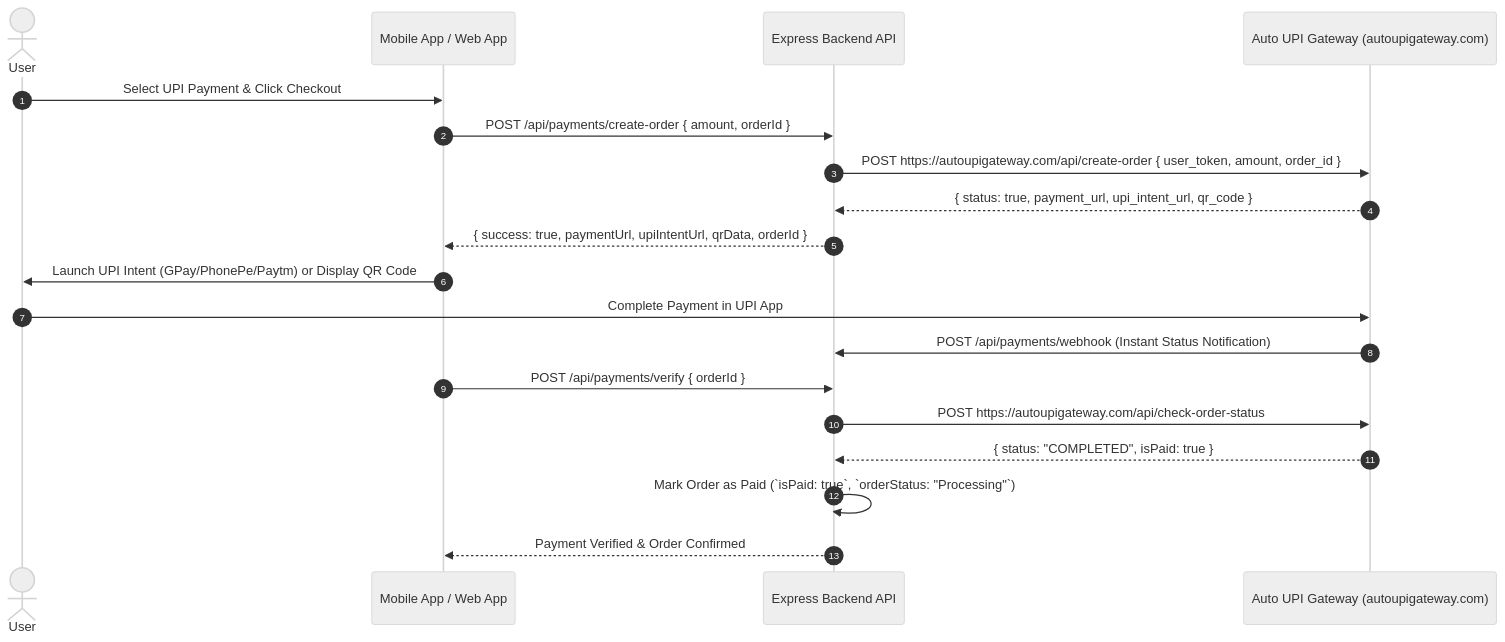
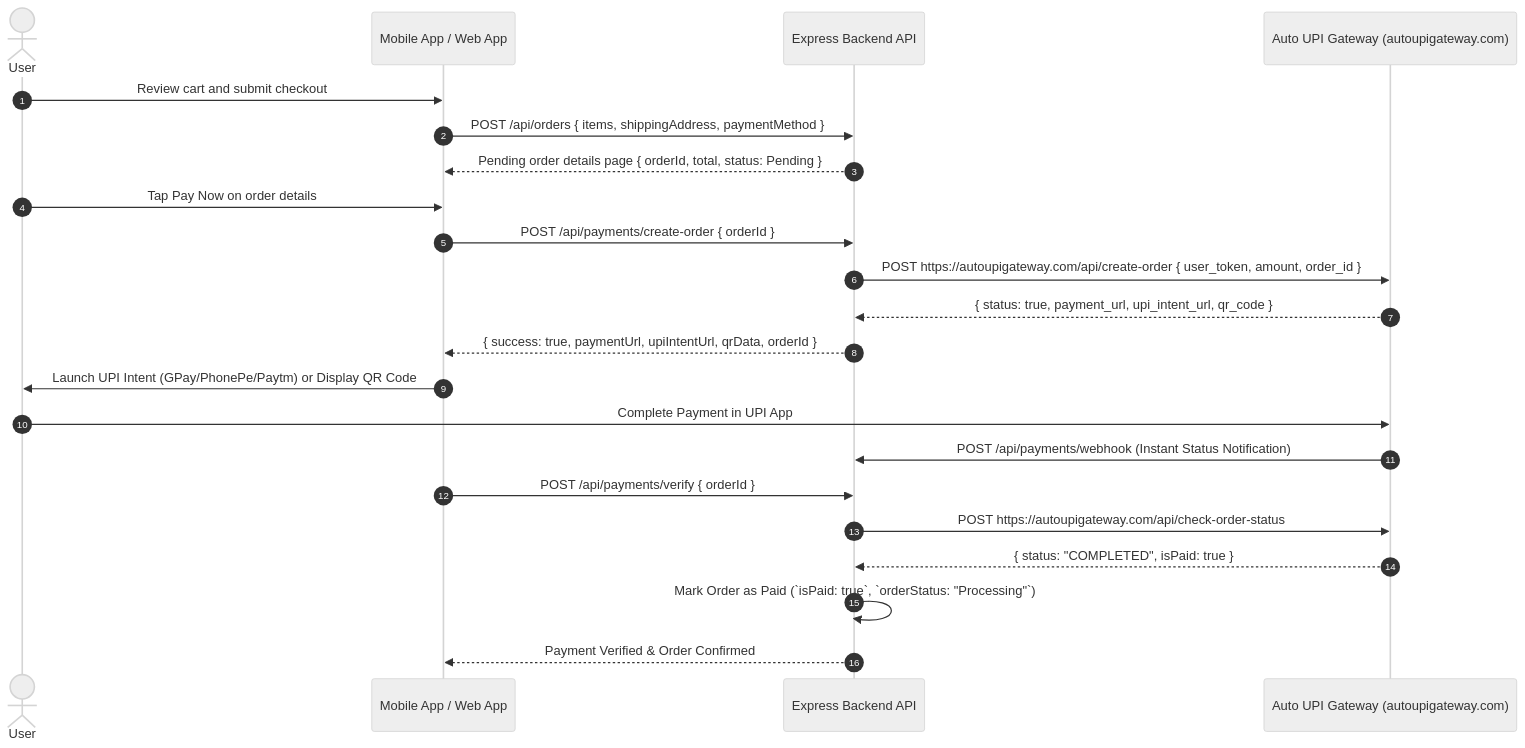
One commit to kunal285/Tech-Crate changed the diagram in docs/FEATURES/PAYMENT_ORDERS.md. Above: the diagram before and after it, drawn with Mermaid (neutral theme). The commit also changed 93 other files, not shown here.

````diff
--- a/docs/FEATURES/PAYMENT_ORDERS.md
+++ b/docs/FEATURES/PAYMENT_ORDERS.md
@@ -11,22 +11,25 @@
 ```mermaid
 sequenceDiagram
     autonumber
     actor User
     participant Mobile as Mobile App / Web App
     participant API as Express Backend API
     participant AutoUPI as Auto UPI Gateway (autoupigateway.com)
 
-    User->>Mobile: Select UPI Payment & Click Checkout
-    Mobile->>API: POST /api/payments/create-order { amount, orderId }
+    User->>Mobile: Review cart and submit checkout
+    Mobile->>API: POST /api/orders { items, shippingAddress, paymentMethod }
+    API-->>Mobile: Pending order details page { orderId, total, status: Pending }
+    User->>Mobile: Tap Pay Now on order details
+    Mobile->>API: POST /api/payments/create-order { orderId }
     API->>AutoUPI: POST https://autoupigateway.com/api/create-order { user_token, amount, order_id }
     AutoUPI-->>API: { status: true, payment_url, upi_intent_url, qr_code }
     API-->>Mobile: { success: true, paymentUrl, upiIntentUrl, qrData, orderId }
     Mobile->>User: Launch UPI Intent (GPay/PhonePe/Paytm) or Display QR Code
     User->>AutoUPI: Complete Payment in UPI App
     AutoUPI->>API: POST /api/payments/webhook (Instant Status Notification)
     Mobile->>API: POST /api/payments/verify { orderId }
     API->>AutoUPI: POST https://autoupigateway.com/api/check-order-status
     AutoUPI-->>API: { status: "COMPLETED", isPaid: true }
     API->>API: Mark Order as Paid (`isPaid: true`, `orderStatus: "Processing"`)
     API-->>Mobile: Payment Verified & Order Confirmed
 ```
````
